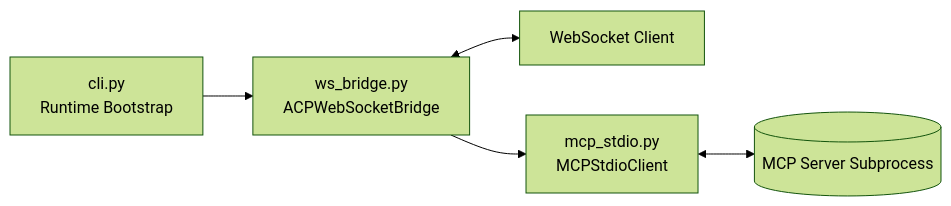
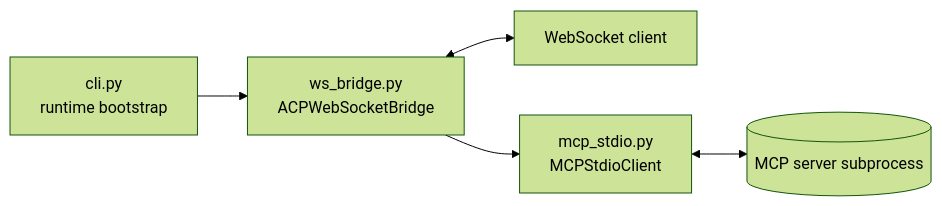
The first of 3 diagrams in ARCHITECTURE.md (Digital-Dimentia/python-acp), drawn with Mermaid (forest theme) before and after one commit.

Commit message:
fix(docs): use <br/> line breaks in the 'Subsystems Today' Mermaid diagram
The older flowchart used unquoted labels with a literal backslash-n
(cli.py\nRuntime Bootstrap). Mermaid v10, which is what GitHub renders, does
not reliably treat that as a line break in an unquoted label and can print the
two characters. The target-shape diagram added by pyacp-4ns.3 already used
quoted labels with <br/>, so the file carried two conventions; it now carries
one. No other doc in the repo has the pattern.

Closes pyacp-u28.

````diff
--- a/ARCHITECTURE.md
+++ b/ARCHITECTURE.md
@@ -13,13 +13,13 @@
 ```mermaid
 flowchart LR
-    UserClient[WebSocket Client]
-    CLI[cli.py\nRuntime Bootstrap]
-    Bridge[ws_bridge.py\nACPWebSocketBridge]
-    MCPClient[mcp_stdio.py\nMCPStdioClient]
-    MCPProc[(MCP Server Subprocess)]
+    UserClient["WebSocket client"]
+    CLI["cli.py<br/>runtime bootstrap"]
+    Bridge["ws_bridge.py<br/>ACPWebSocketBridge"]
+    MCPClient["mcp_stdio.py<br/>MCPStdioClient"]
+    MCPProc[("MCP server subprocess")]
 
     CLI --> Bridge
     Bridge <--> UserClient
     Bridge --> MCPClient
     MCPClient <--> MCPProc
 ```
````
